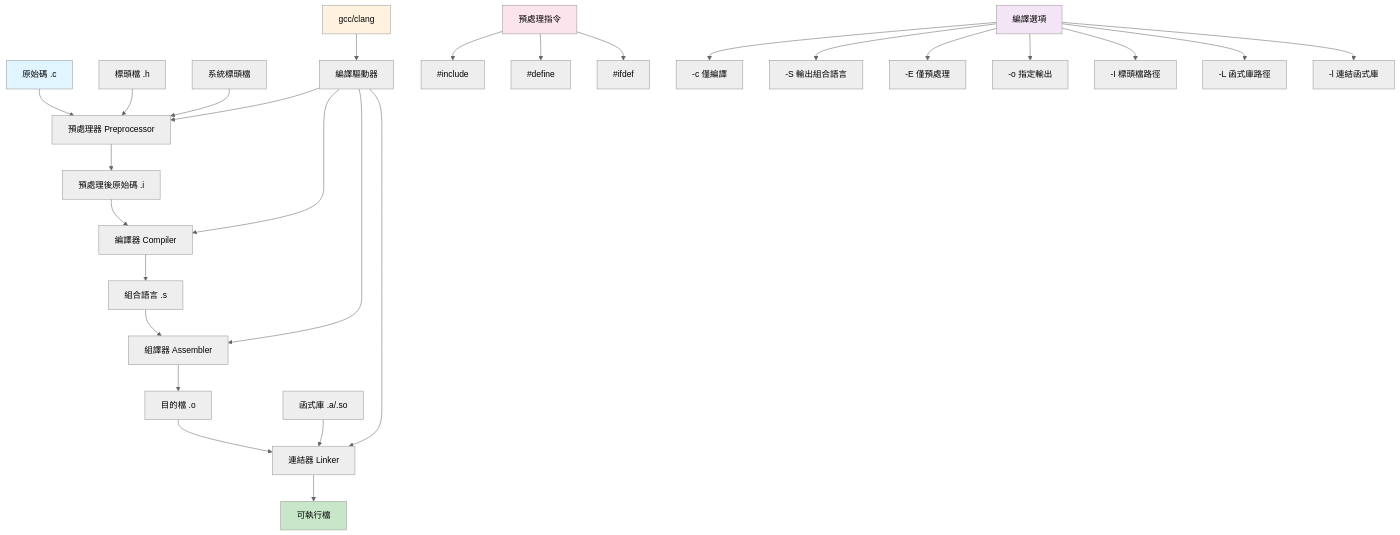
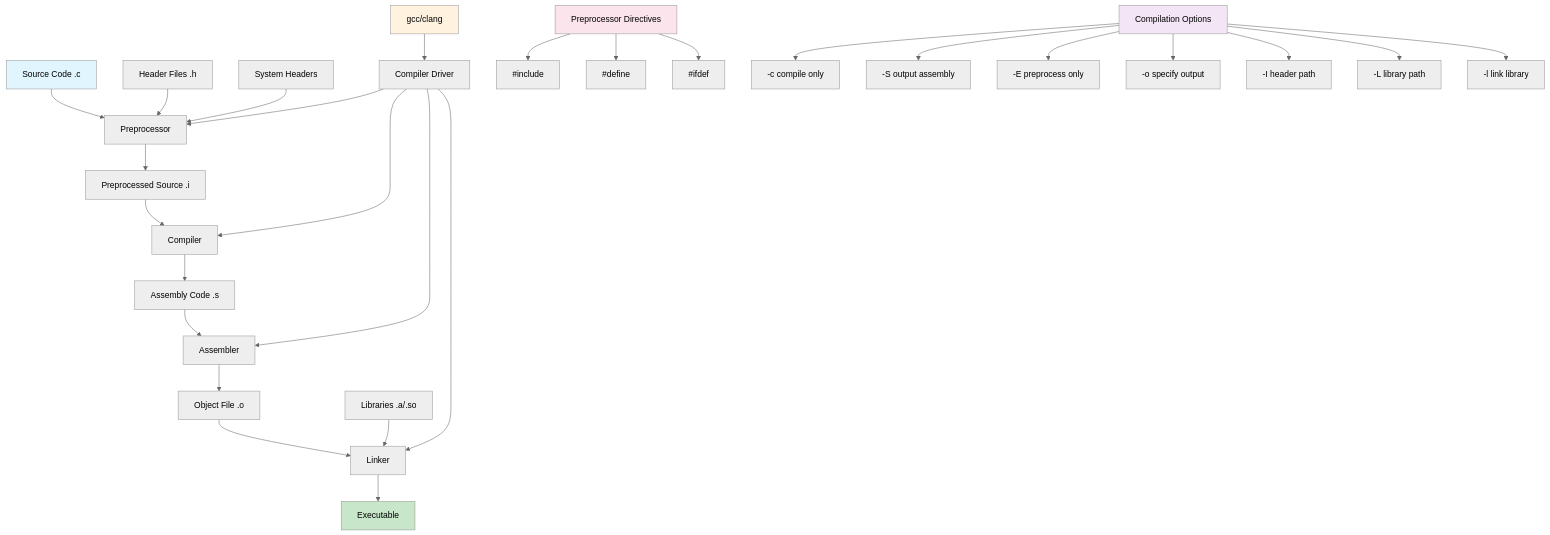
Before and after one commit to marcobibichan/bibichan-Android-Playground: the diagram in c/lesson-01-entry/README.md, drawn with Mermaid (neutral theme). The commit also changed other lines of this file and 18 other files, not shown here.

````diff
--- a/c/lesson-01-entry/README.md
+++ b/c/lesson-01-entry/README.md
@@ -39,39 +39,39 @@
 ```mermaid
 graph TD
-    A[原始碼 .c] --> B[預處理器 Preprocessor]
-    B --> C[預處理後原始碼 .i]
-    C --> D[編譯器 Compiler]
-    D --> E[組合語言 .s]
-    E --> F[組譯器 Assembler]
-    F --> G[目的檔 .o]
-    G --> H[連結器 Linker]
-    H --> I[可執行檔]
-    
-    J[標頭檔 .h] --> B
-    K[系統標頭檔] --> B
-    L[函式庫 .a/.so] --> H
-    
-    M[gcc/clang] --> N[編譯驅動器]
+    A[Source Code .c] --> B[Preprocessor]
+    B --> C[Preprocessed Source .i]
+    C --> D[Compiler]
+    D --> E[Assembly Code .s]
+    E --> F[Assembler]
+    F --> G[Object File .o]
+    G --> H[Linker]
+    H --> I[Executable]
+
+    J[Header Files .h] --> B
+    K[System Headers] --> B
+    L[Libraries .a/.so] --> H
+
+    M[gcc/clang] --> N[Compiler Driver]
     N --> B
     N --> D
     N --> F
     N --> H
-    
-    O[預處理指令] --> P[#include]
+
+    O[Preprocessor Directives] --> P[#include]
     O --> Q[#define]
     O --> R[#ifdef]
-    
-    S[編譯選項] --> T[-c 僅編譯]
-    S --> U[-S 輸出組合語言]
-    S --> V[-E 僅預處理]
-    S --> W[-o 指定輸出]
-    S --> X[-I 標頭檔路徑]
-    S --> Y[-L 函式庫路徑]
-    S --> Z[-l 連結函式庫]
-    
+
+    S[Compilation Options] --> T[-c compile only]
+    S --> U[-S output assembly]
+    S --> V[-E preprocess only]
+    S --> W[-o specify output]
+    S --> X[-I header path]
+    S --> Y[-L library path]
+    S --> Z[-l link library]
+
     style A fill:#e1f5fe
     style I fill:#c8e6c9
     style M fill:#fff3e0
     style O fill:#fce4ec
     style S fill:#f3e5f5
 ```
````
